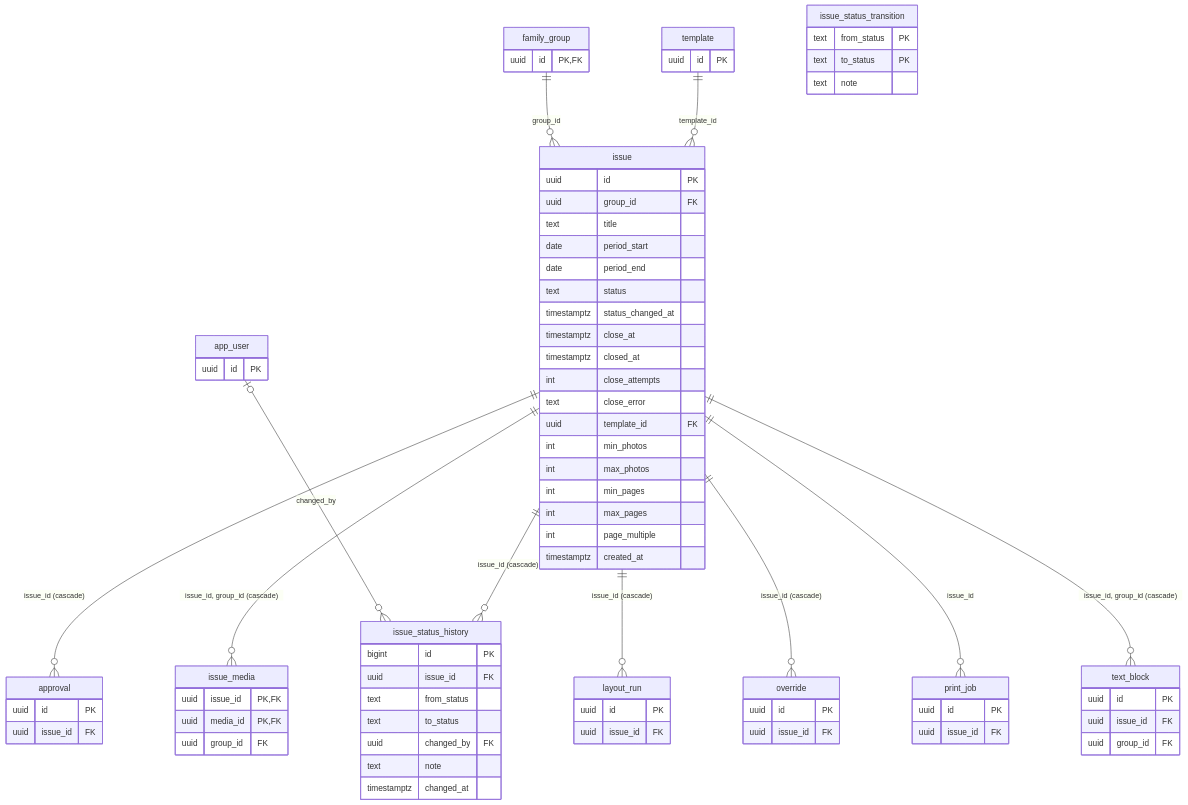
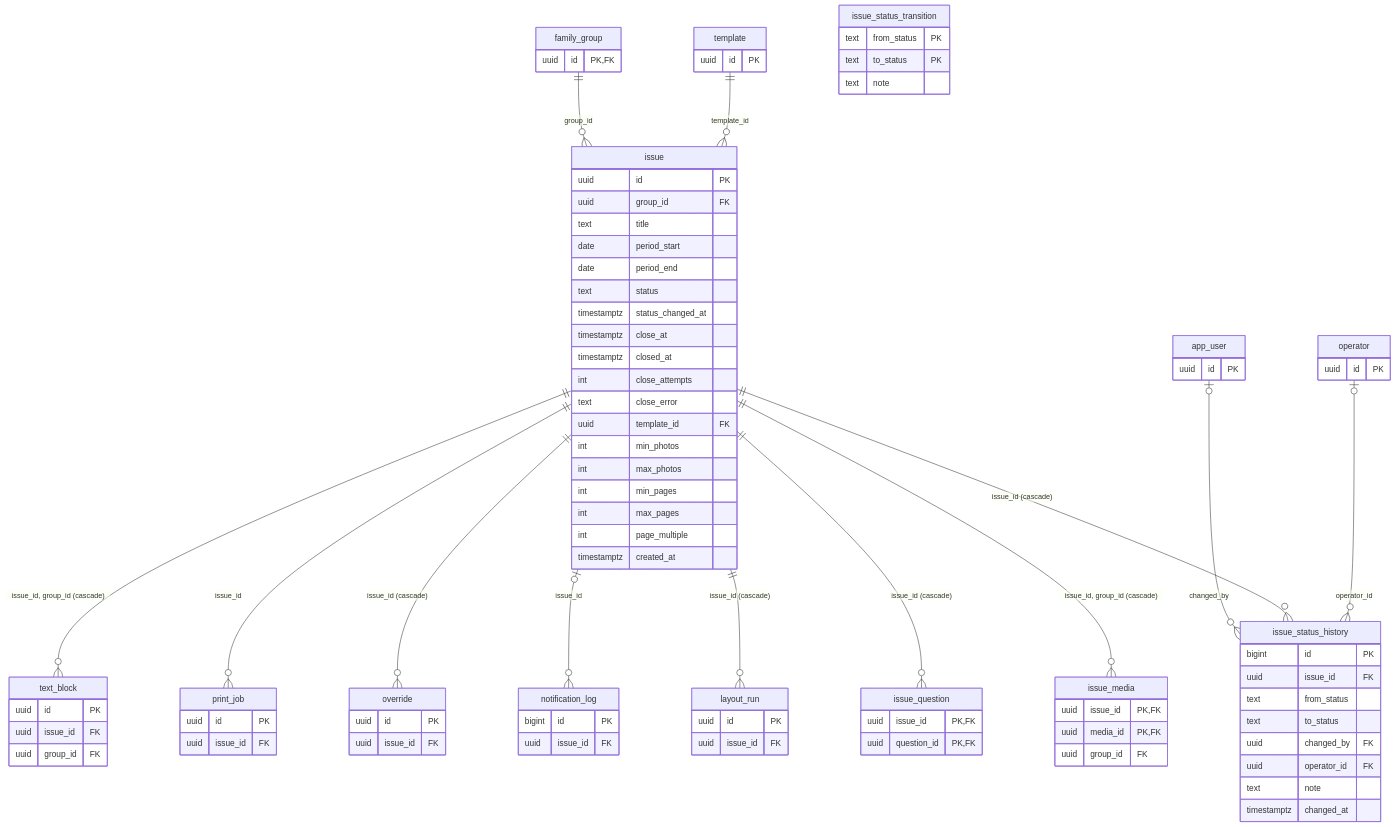
One commit to js1211-code/bogomagazine changed the sixth of 11 diagrams in docs/erd.md. Above: the diagram before and after it, drawn with Mermaid. The commit also changed other lines of this file and 27 other files, not shown here.

````diff
--- a/docs/erd.md
+++ b/docs/erd.md
@@ -326,12 +422,14 @@
 ```mermaid
 erDiagram
-    "issue" ||--o{ "approval" : "issue_id (cascade)"
     "family_group" ||--o{ "issue" : "group_id"
     "template" ||--o{ "issue" : "template_id"
     "issue" ||--o{ "issue_media" : "issue_id, group_id (cascade)"
+    "issue" ||--o{ "issue_question" : "issue_id (cascade)"
     "app_user" |o--o{ "issue_status_history" : "changed_by"
     "issue" ||--o{ "issue_status_history" : "issue_id (cascade)"
+    "operator" |o--o{ "issue_status_history" : "operator_id"
     "issue" ||--o{ "layout_run" : "issue_id (cascade)"
+    "issue" |o--o{ "notification_log" : "issue_id"
     "issue" ||--o{ "override" : "issue_id (cascade)"
     "issue" ||--o{ "print_job" : "issue_id"
     "issue" ||--o{ "text_block" : "issue_id, group_id (cascade)"
@@ -361,6 +459,7 @@
         text from_status
         text to_status
         uuid changed_by FK
+        uuid operator_id FK
         text note
         timestamptz changed_at
     }
@@ -372,10 +471,6 @@
     "app_user" {
         uuid id PK
     }
-    "approval" {
-        uuid id PK
-        uuid issue_id FK
-    }
     "family_group" {
         uuid id PK, FK
     }
@@ -384,9 +479,20 @@
         uuid media_id PK, FK
         uuid group_id FK
     }
+    "issue_question" {
+        uuid issue_id PK, FK
+        uuid question_id PK, FK
+    }
     "layout_run" {
         uuid id PK
         uuid issue_id FK
+    }
+    "notification_log" {
+        bigint id PK
+        uuid issue_id FK
+    }
+    "operator" {
+        uuid id PK
     }
     "override" {
         uuid id PK
````
